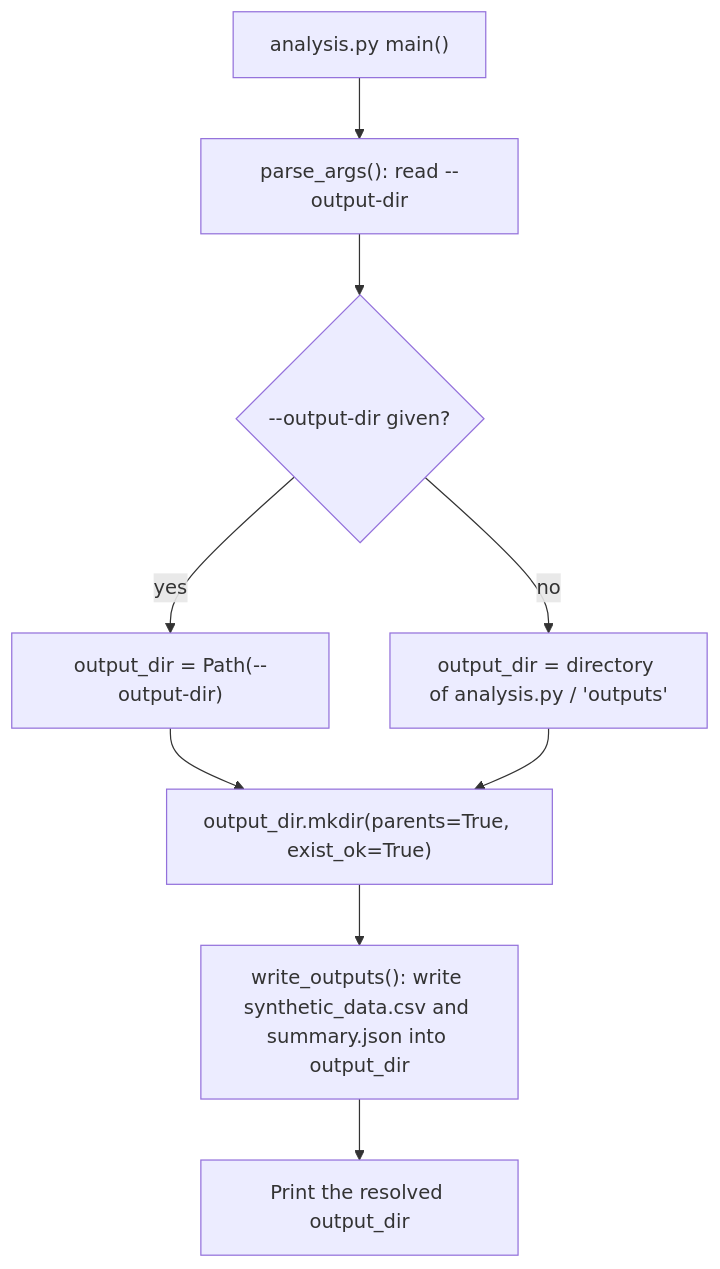
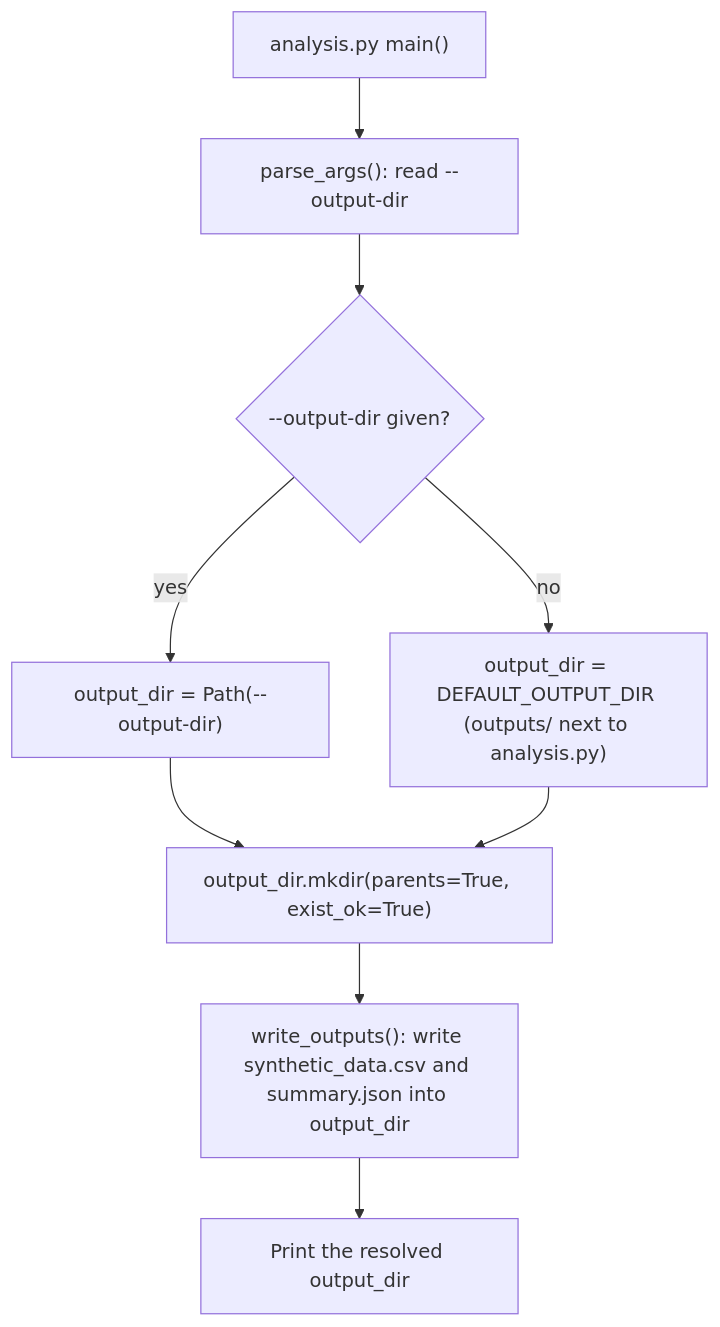
Before and after one commit to fariello/pubrun: the diagram in .aw/records/plans/pending/20261122-cp1jvn-01-t336id-keep-the-minimal-research-workflow-example-from-leaving-outp.ipd.md, drawn with Mermaid. The commit also changed other lines of this file and 1 other file, not shown here.

````diff
--- a/.aw/records/plans/pending/20261122-cp1jvn-01-t336id-keep-the-minimal-research-workflow-example-from-leaving-outp.ipd.md
+++ b/.aw/records/plans/pending/20261122-cp1jvn-01-t336id-keep-the-minimal-research-workflow-example-from-leaving-outp.ipd.md
@@ -33,11 +36,11 @@
 ```mermaid
 flowchart TD
     START["analysis.py main()"] --> ARGS["parse_args(): read --output-dir"]
     ARGS --> GIVEN{"--output-dir given?"}
     GIVEN -- "yes" --> USE["output_dir = Path(--output-dir)"]
-    GIVEN -- "no" --> DEF["output_dir = directory of analysis.py / 'outputs'"]
+    GIVEN -- "no" --> DEF["output_dir = DEFAULT_OUTPUT_DIR (outputs/ next to analysis.py)"]
     USE --> MK["output_dir.mkdir(parents=True, exist_ok=True)"]
     DEF --> MK
     MK --> WRITE["write_outputs(): write synthetic_data.csv and summary.json into output_dir"]
     WRITE --> PRINT["Print the resolved output_dir"]
 ```
````
